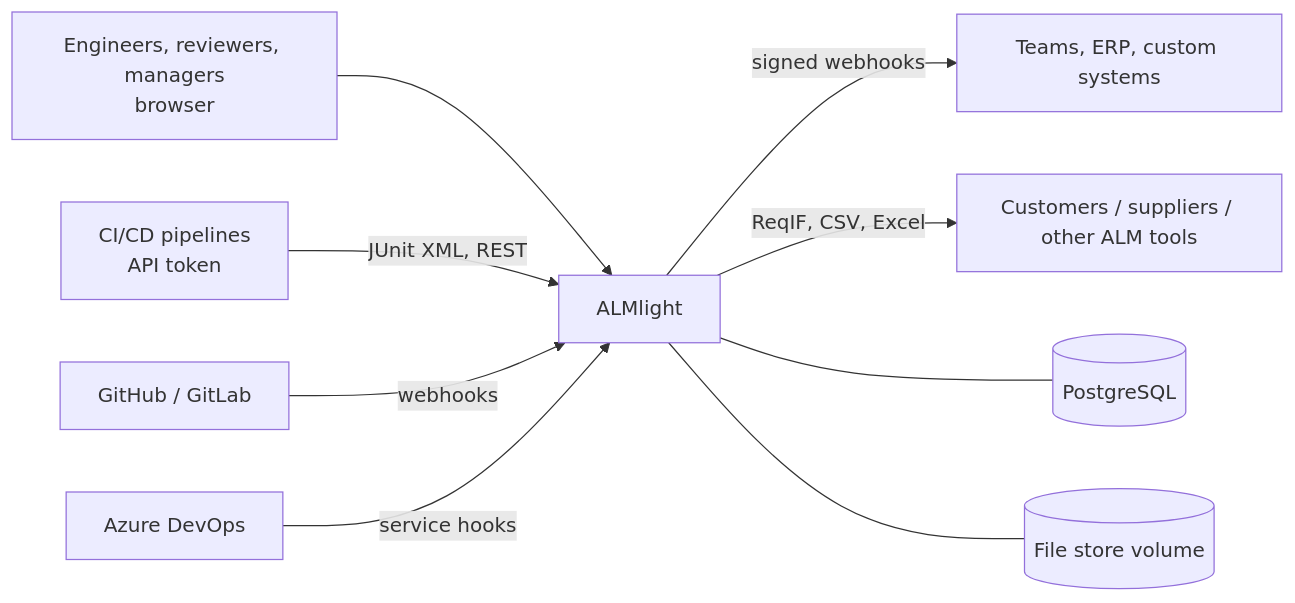
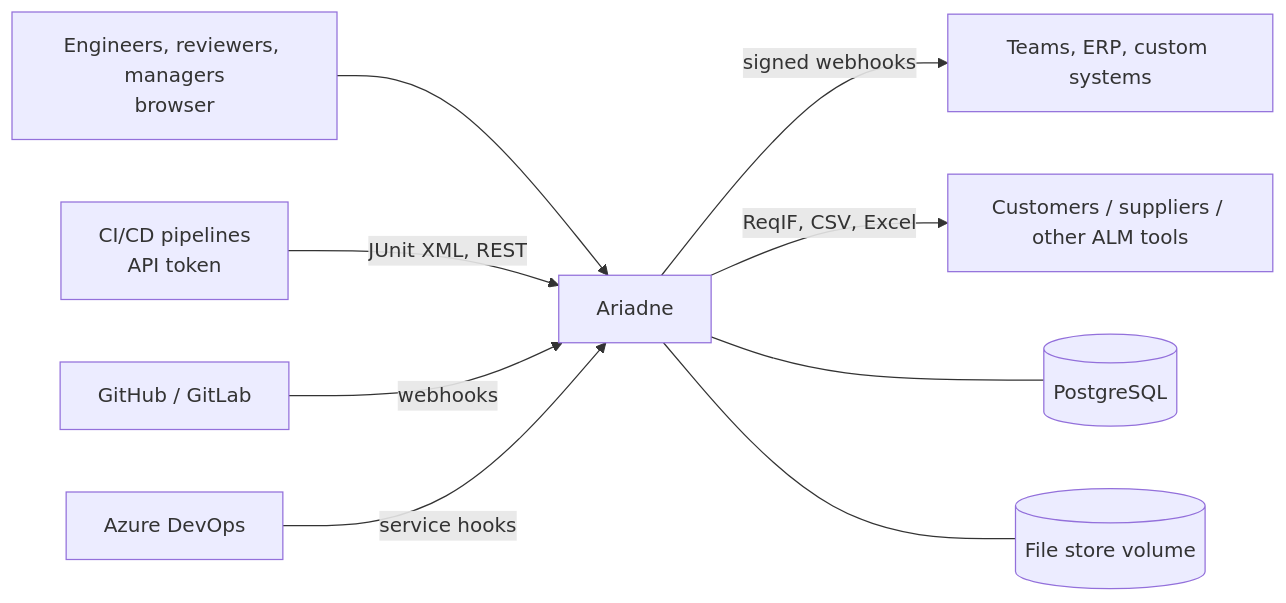
The diagram in docs/05-architecture.md (Adrian-MHP/ALMlight), drawn with Mermaid before and after one commit. The commit also changed 109 other files, not shown here.

````diff
--- a/docs/05-architecture.md
+++ b/docs/05-architecture.md
@@ -5,11 +5,11 @@
 ```mermaid
 flowchart LR
     U[Engineers, reviewers, managers<br/>browser] --> A
     CI[CI/CD pipelines<br/>API token] -->|JUnit XML, REST| A
     GH[GitHub / GitLab] -->|webhooks| A
     ADO[Azure DevOps] -->|service hooks| A
-    A[ALMlight] -->|signed webhooks| EXT[Teams, ERP, custom systems]
+    A[Ariadne] -->|signed webhooks| EXT[Teams, ERP, custom systems]
     A -->|ReqIF, CSV, Excel| PART[Customers / suppliers / other ALM tools]
     A --- DB[(PostgreSQL)]
     A --- FS[(File store volume)]
 ```
````
